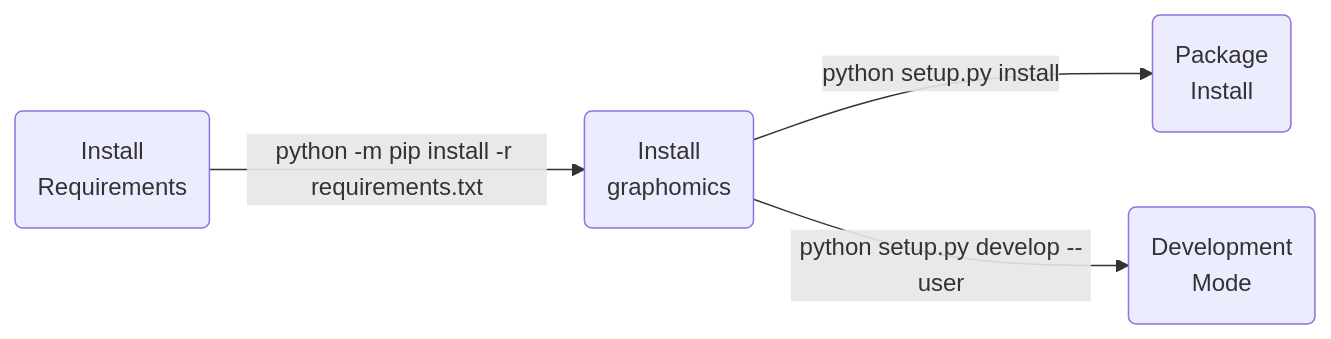
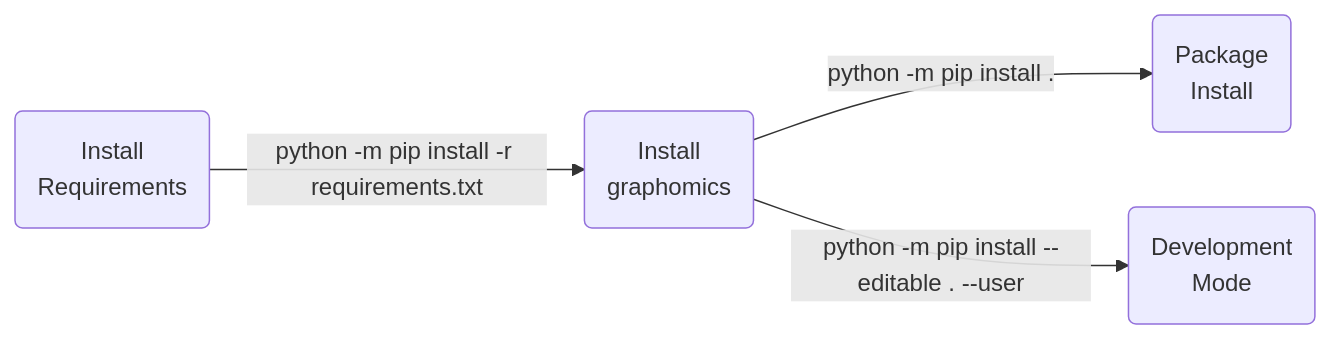
One commit to Nico-Curti/graphomics changed the diagram in README.md. Above: the diagram before and after it, drawn with Mermaid. The commit also changed other lines of this file and 28 other files, not shown here.

````diff
--- a/README.md
+++ b/README.md
@@ -80,6 +84,6 @@
 ```mermaid
 graph LR;
     A(Install<br>Requirements) -->|python -m pip install -r requirements.txt| B(Install<br>graphomics)
-    B -->|python setup.py install| C(Package<br>Install)
-    B -->|python setup.py develop --user| D(Development<br>Mode)
+    B -->|python -m pip install .| C(Package<br>Install)
+    B -->|python -m pip install --editable . --user| D(Development<br>Mode)
 ```
````
